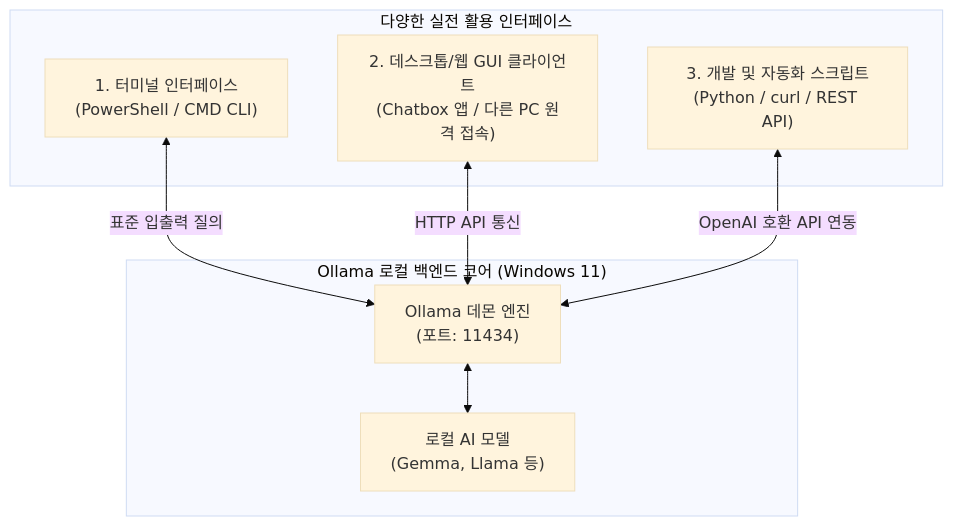
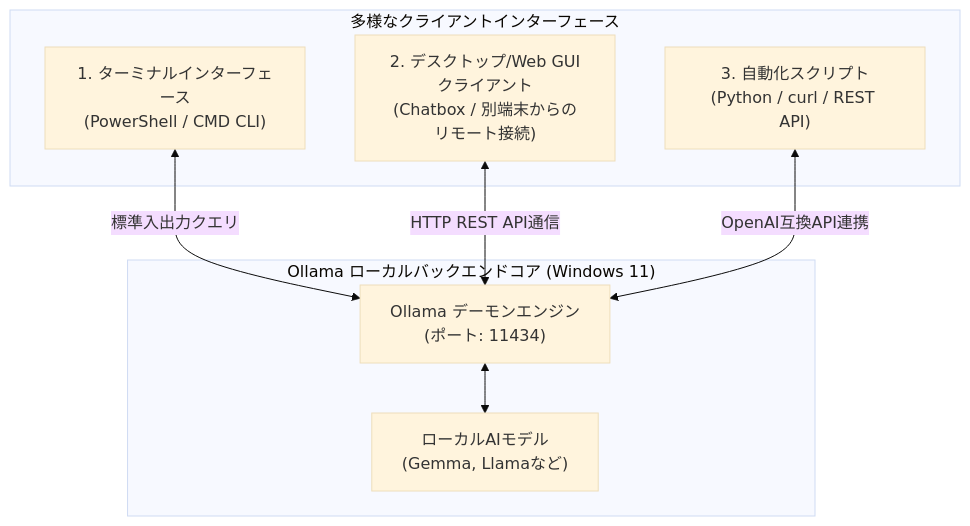
The first of 2 diagrams in content/posts/ollama-03-cli-webui-api/index.jp.md (CheolKyunYU/cknotes), drawn with Mermaid (base theme) before and after one commit. The commit also changed other lines of this file and 40 other files, not shown here.

````diff
--- a/content/posts/ollama-03-cli-webui-api/index.jp.md
+++ b/content/posts/ollama-03-cli-webui-api/index.jp.md
@@ -38,18 +36,18 @@
 ```mermaid
 flowchart TD
-    subgraph Core["Ollama 로컬 백엔드 코어 (Windows 11)"]
-        Engine["Ollama 데몬 엔진<br/>(포트: 11434)"]
-        Models["로컬 AI 모델<br/>(Gemma, Llama 등)"]
+    subgraph Core["Ollama ローカルバックエンドコア (Windows 11)"]
+        Engine["Ollama デーモンエンジン<br/>(ポート: 11434)"]
+        Models["ローカルAIモデル<br/>(Gemma, Llamaなど)"]
         Engine <--> Models
     end
 
-    subgraph Client["다양한 실전 활용 인터페이스"]
-        CLI["1. 터미널 인터페이스<br/>(PowerShell / CMD CLI)"]
-        WebUI["2. 데스크톱/웹 GUI 클라이언트<br/>(Chatbox 앱 / 다른 PC 원격 접속)"]
-        Code["3. 개발 및 자동화 스크립트<br/>(Python / curl / REST API)"]
+    subgraph Client["多様なクライアントインターフェース"]
+        CLI["1. ターミナルインターフェース<br/>(PowerShell / CMD CLI)"]
+        WebUI["2. デスクトップ/Web GUIクライアント<br/>(Chatbox / 別端末からのリモート接続)"]
+        Code["3. 自動化スクリプト<br/>(Python / curl / REST API)"]
     end
 
-    CLI <-->|"표준 입출력 질의"| Engine
-    WebUI <-->|"HTTP API 통신"| Engine
-    Code <-->|"OpenAI 호환 API 연동"| Engine
+    CLI <-->|"標準入出力クエリ"| Engine
+    WebUI <-->|"HTTP REST API通信"| Engine
+    Code <-->|"OpenAI互換API連携"| Engine
 ```
````
